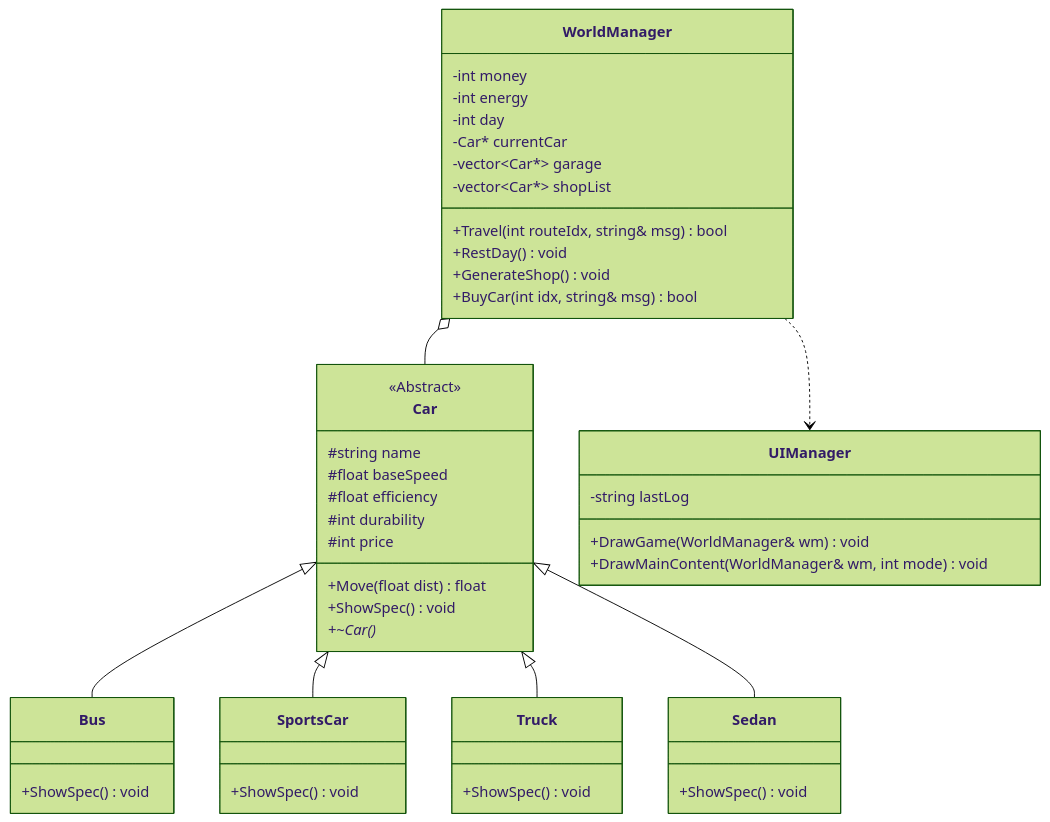
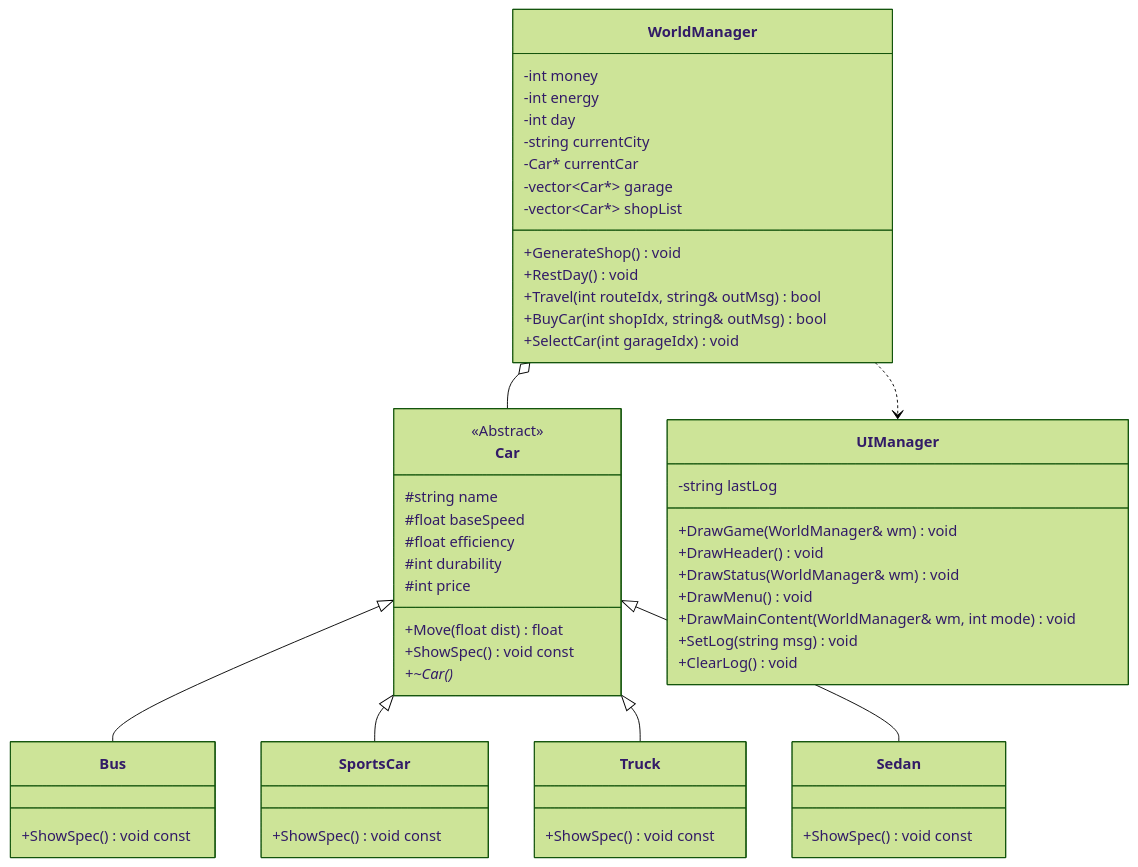
One commit to iamfreakin/PolyDrive changed the first of 2 diagrams in PROJECT_PLAN.md. Above: the diagram before and after it, drawn with Mermaid (forest theme). The commit also changed 2 other files, not shown here.

Commit message:
docs: 최신 소스 코드에 맞춰 클래스 다이어그램 업데이트
- README, PROJECT_PLAN, DOCS/01_Overview 내 다이어그램 수정
- Car, WorldManager, UIManager의 최신 속성 및 메서드 반영
- 실제 구현부와 설계 문서 간의 동기화 완료

````diff
--- a/PROJECT_PLAN.md
+++ b/PROJECT_PLAN.md
@@ -23,44 +23,51 @@
 ```mermaid
 classDiagram
     class Car {
         <<Abstract>>
         #string name
         #float baseSpeed
         #float efficiency
         #int durability
         #int price
         +Move(float dist) float
-        +ShowSpec() void
+        +ShowSpec() void const
         +~Car()*
     }
-    class Bus { +ShowSpec() void }
-    class SportsCar { +ShowSpec() void }
-    class Truck { +ShowSpec() void }
-    class Sedan { +ShowSpec() void }
+    class Bus { +ShowSpec() void const }
+    class SportsCar { +ShowSpec() void const }
+    class Truck { +ShowSpec() void const }
+    class Sedan { +ShowSpec() void const }
 
     class WorldManager {
         -int money
         -int energy
         -int day
+        -string currentCity
         -Car* currentCar
         -vector~Car*~ garage
         -vector~Car*~ shopList
-        +Travel(int routeIdx, string& msg) bool
+        +GenerateShop() void
         +RestDay() void
-        +GenerateShop() void
-        +BuyCar(int idx, string& msg) bool
+        +Travel(int routeIdx, string& outMsg) bool
+        +BuyCar(int shopIdx, string& outMsg) bool
+        +SelectCar(int garageIdx) void
     }
 
     class UIManager {
         -string lastLog
         +DrawGame(WorldManager& wm) void
+        +DrawHeader() void
+        +DrawStatus(WorldManager& wm) void
+        +DrawMenu() void
         +DrawMainContent(WorldManager& wm, int mode) void
+        +SetLog(string msg) void
+        +ClearLog() void
     }
 
     Car <|-- Bus
     Car <|-- SportsCar
     Car <|-- Truck
     Car <|-- Sedan
     WorldManager o-- Car
     WorldManager ..> UIManager
 ```
````
